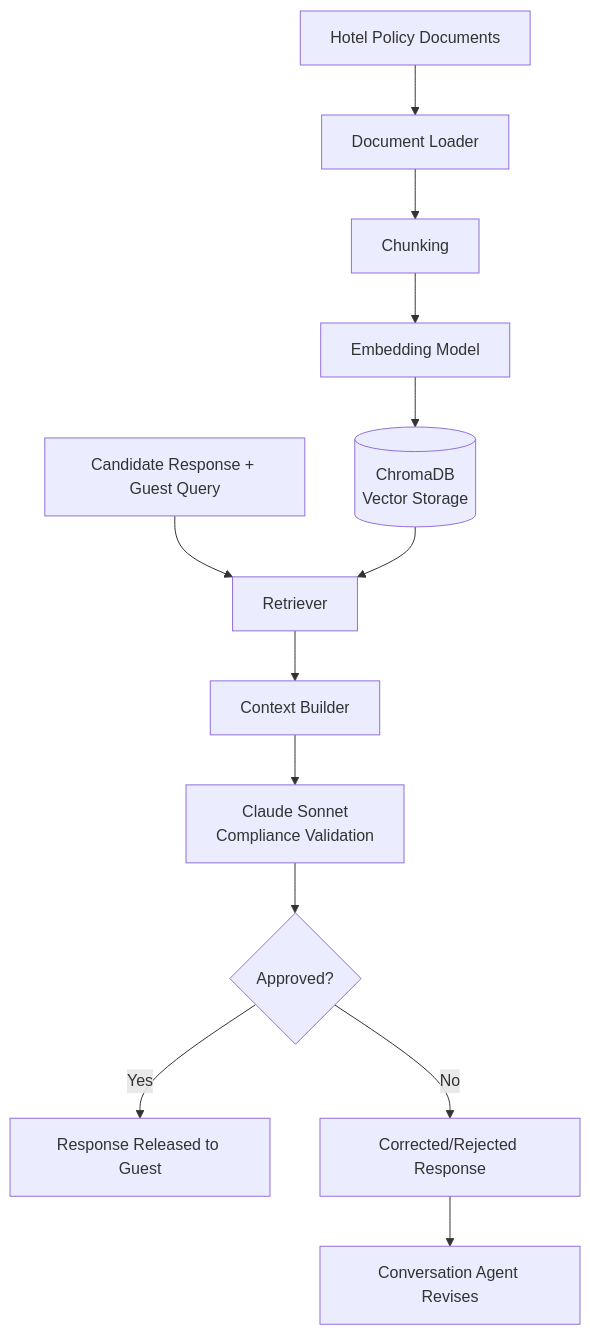
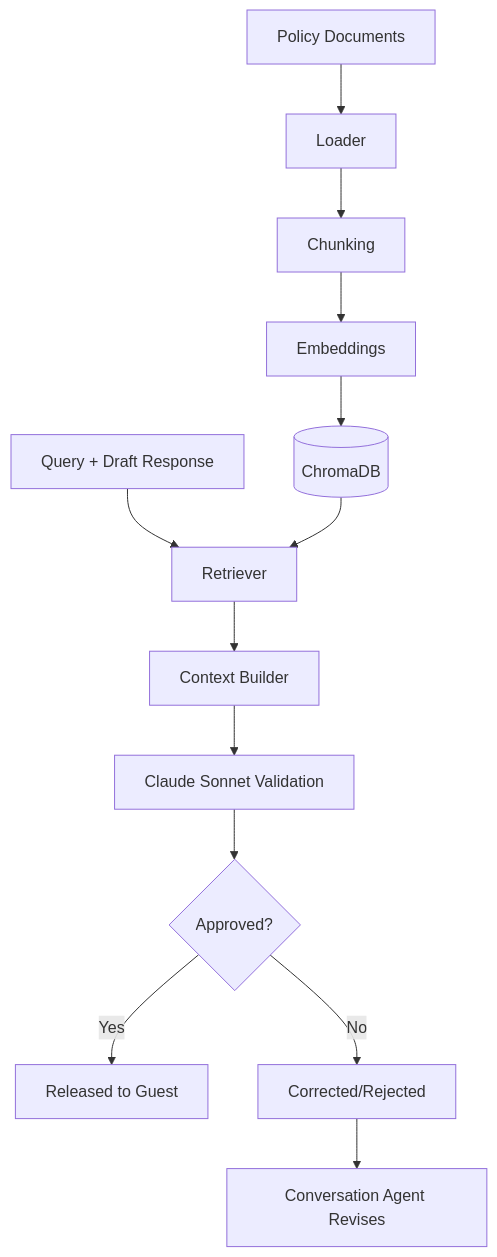
The seventh of 8 diagrams in docs/architecture/architecture.md (AmoghPai19/Multi-Agent-AI-Hotel-Support-System), drawn with Mermaid before and after one commit. The commit also changed other lines of this file and 1 other file, not shown here.

Commit message:
Added project vision, technology decisions, architecture, and workflow specifications

````diff
--- a/docs/architecture/architecture.md
+++ b/docs/architecture/architecture.md
@@ -312,15 +198,9 @@
 ```mermaid
 flowchart TD
-    A[Hotel Policy Documents] --> B[Document Loader]
-    B --> C[Chunking]
-    C --> D[Embedding Model]
-    D --> E[(ChromaDB<br/>Vector Storage)]
-    F[Candidate Response + Guest Query] --> G[Retriever]
-    E --> G
-    G --> H[Context Builder]
-    H --> I[Claude Sonnet<br/>Compliance Validation]
+    A[Policy Documents] --> B[Loader] --> C[Chunking] --> D[Embeddings] --> E[(ChromaDB)]
+    F[Query + Draft Response] --> G[Retriever]
+    E --> G --> H[Context Builder] --> I[Claude Sonnet Validation]
     I --> J{Approved?}
-    J -->|Yes| K[Response Released to Guest]
-    J -->|No| L[Corrected/Rejected Response]
-    L --> M[Conversation Agent Revises]
+    J -->|Yes| K[Released to Guest]
+    J -->|No| L[Corrected/Rejected] --> M[Conversation Agent Revises]
 ```
````
